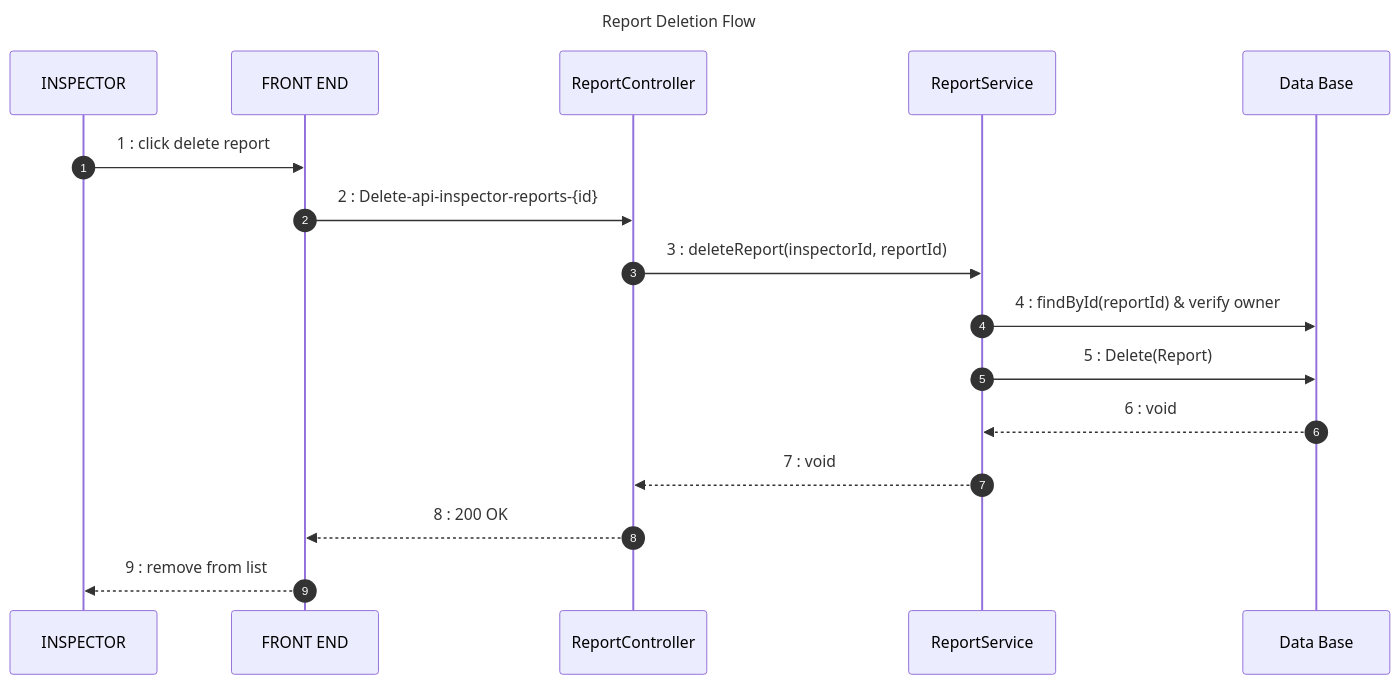
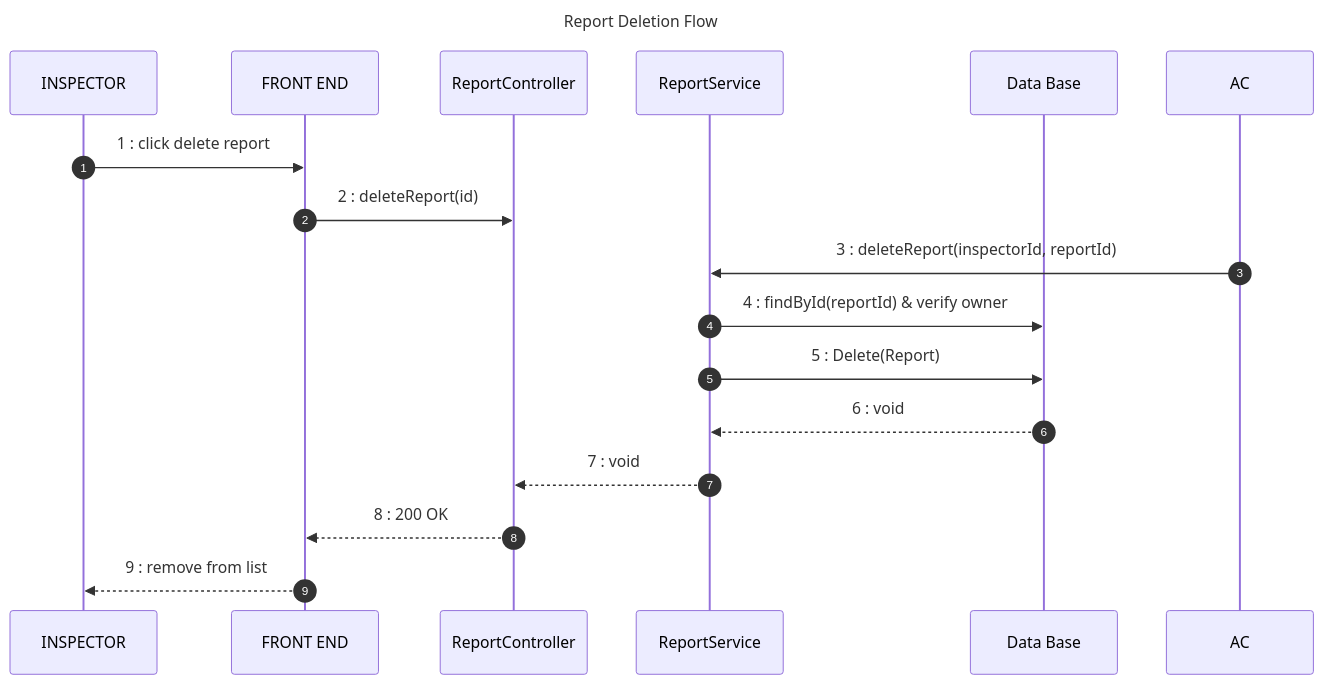
The third of 5 diagrams in uml_diagrams/report_management_sequence.md (chbichibsofiene/inspector), drawn with Mermaid before and after one commit. The commit also changed other lines of this file and 41 other files, not shown here.

Commit message:
feat: Sprint 4 - Communication & Analytics | updated UML diagrams, class diagrams (StarUML), Messenger service fixes, Docker configs, and documentation

````diff
--- a/uml_diagrams/report_management_sequence.md
+++ b/uml_diagrams/report_management_sequence.md
@@ -73,21 +73,21 @@
 ```mermaid
 sequenceDiagram
     title: Report Deletion Flow
     autonumber
     participant USER as INSPECTOR
     participant FE as FRONT END
     participant RC as ReportController
     participant RS as ReportService
     participant DB as Data Base
 
     USER->>FE: 1 : click delete report
-    FE->>RC: 2 : Delete-api-inspector-reports-{id}
-    RC->>RS: 3 : deleteReport(inspectorId, reportId)
+    FE->>RC: 2 : deleteReport(id)
+    AC->>RS: 3 : deleteReport(inspectorId, reportId)
     RS->>DB: 4 : findById(reportId) & verify owner
     
     RS->>DB: 5 : Delete(Report)
     DB-->>RS: 6 : void
     RS-->>RC: 7 : void
     RC-->>FE: 8 : 200 OK
     FE-->>USER: 9 : remove from list
 ```
````
